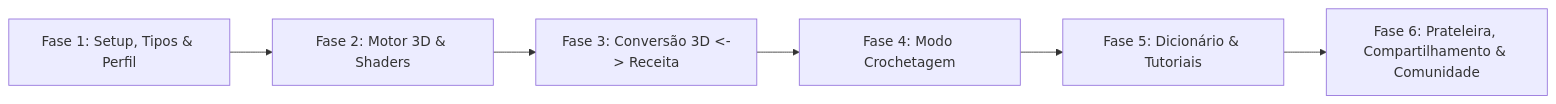
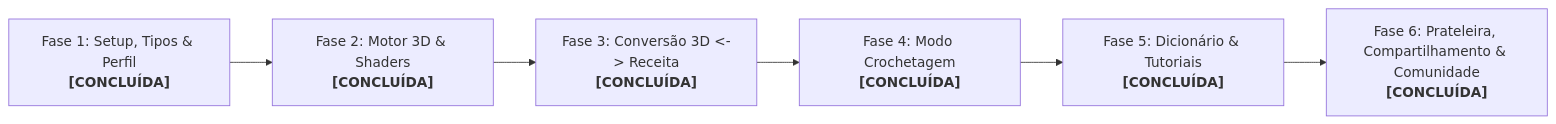
The diagram in plans/PLANO_DE_DESENVOLVIMENTO.md (AyrtonLoks/crochet-3d), drawn with Mermaid before and after one commit. The commit also changed other lines of this file and 5 other files, not shown here.

````diff
--- a/plans/PLANO_DE_DESENVOLVIMENTO.md
+++ b/plans/PLANO_DE_DESENVOLVIMENTO.md
@@ -39,8 +39,8 @@
 ```mermaid
 flowchart LR
-    Fase1["Fase 1: Setup, Tipos & Perfil"] --> Fase2["Fase 2: Motor 3D & Shaders"]
-    Fase2 --> Fase3["Fase 3: Conversão 3D <-> Receita"]
-    Fase3 --> Fase4["Fase 4: Modo Crochetagem"]
-    Fase4 --> Fase5["Fase 5: Dicionário & Tutoriais"]
-    Fase5 --> Fase6["Fase 6: Prateleira, Compartilhamento & Comunidade"]
+    Fase1["Fase 1: Setup, Tipos & Perfil<br/><b>[CONCLUÍDA]</b>"] --> Fase2["Fase 2: Motor 3D & Shaders<br/><b>[CONCLUÍDA]</b>"]
+    Fase2 --> Fase3["Fase 3: Conversão 3D <-> Receita<br/><b>[CONCLUÍDA]</b>"]
+    Fase3 --> Fase4["Fase 4: Modo Crochetagem<br/><b>[CONCLUÍDA]</b>"]
+    Fase4 --> Fase5["Fase 5: Dicionário & Tutoriais<br/><b>[CONCLUÍDA]</b>"]
+    Fase5 --> Fase6["Fase 6: Prateleira, Compartilhamento & Comunidade<br/><b>[CONCLUÍDA]</b>"]
 ```
````
